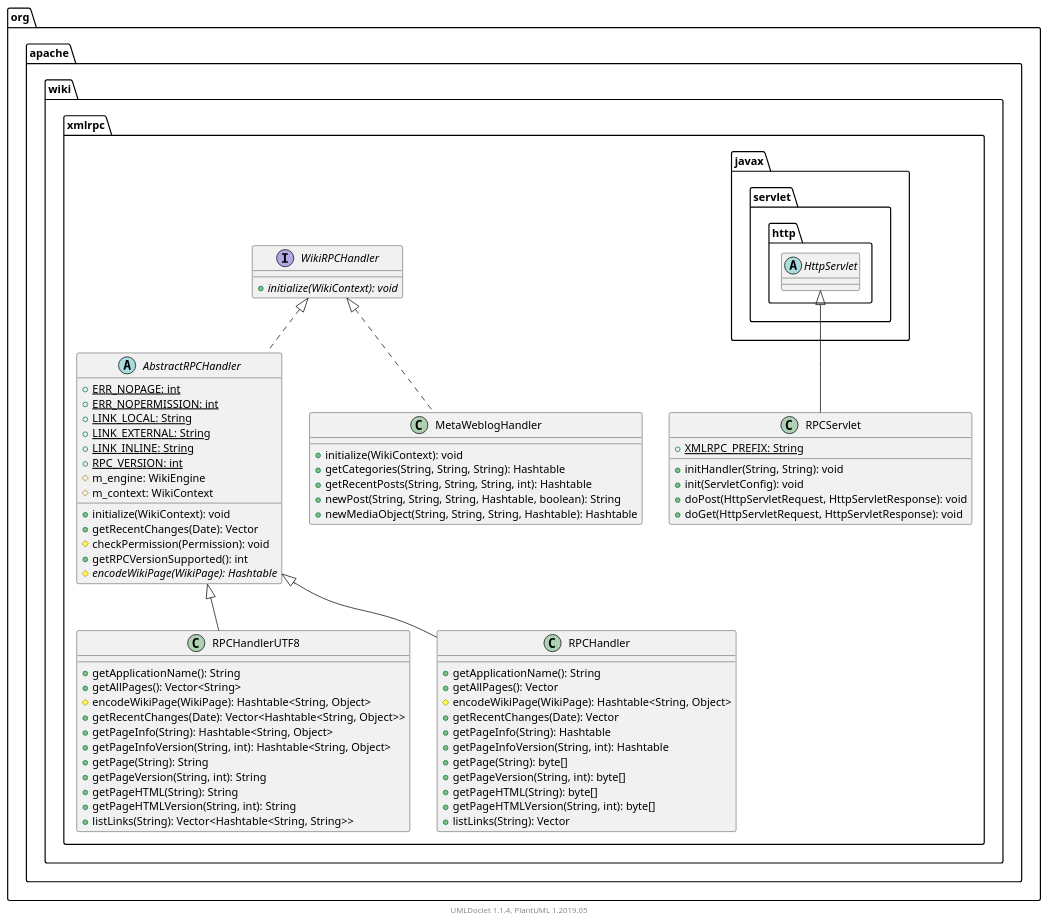
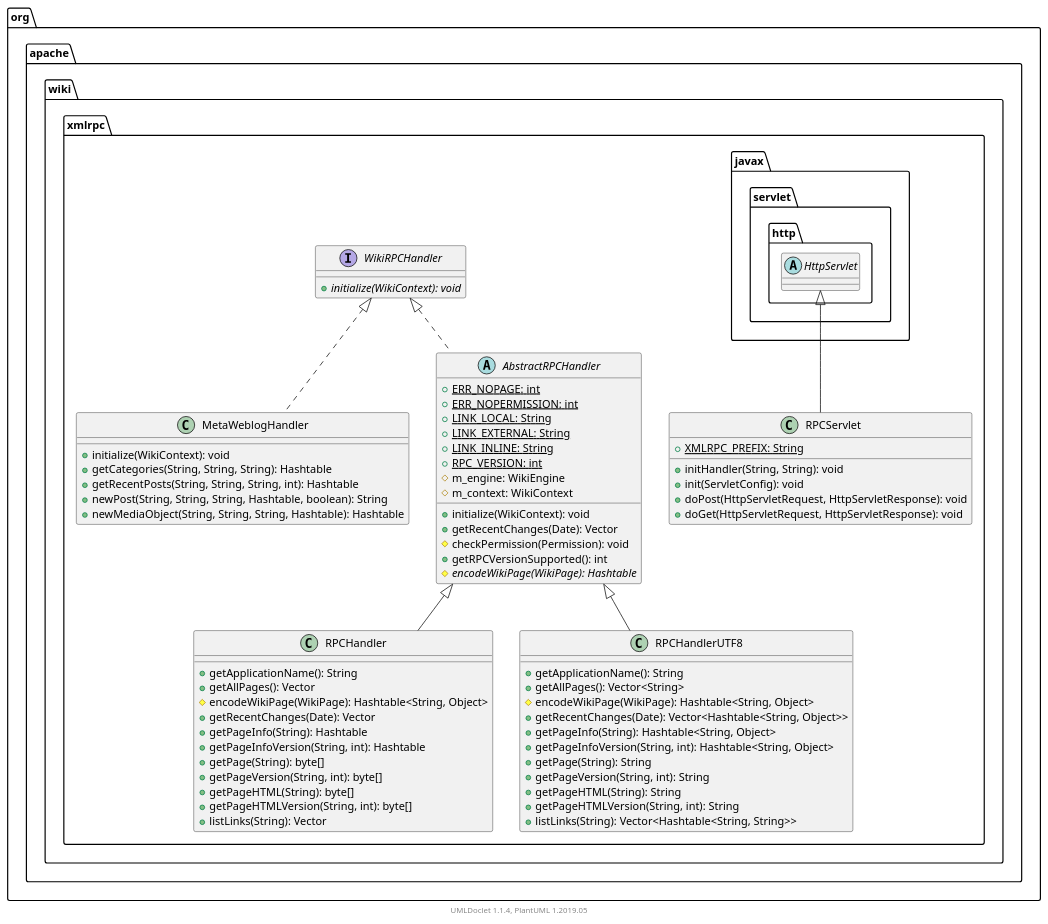
Before and after one commit to apache/jspwiki-site: the diagram in apidocs/2.11.0.M7-SNAPSHOT/org/apache/wiki/xmlrpc/package.puml, drawn with PlantUML. The commit also changed other lines of this file and 1169 other files, not shown here.

```diff
--- a/apidocs/2.11.0.M7-SNAPSHOT/org/apache/wiki/xmlrpc/package.puml
+++ b/apidocs/2.11.0.M7-SNAPSHOT/org/apache/wiki/xmlrpc/package.puml
@@ -1,84 +1,84 @@
 @startuml
 
     namespace org.apache.wiki.xmlrpc {
+
+        class RPCHandler [[RPCHandler.html]] {
+            +getApplicationName(): String
+            +getAllPages(): Vector
+            #encodeWikiPage(WikiPage): Hashtable<String, Object>
+            +getRecentChanges(Date): Vector
+            +getPageInfo(String): Hashtable
+            +getPageInfoVersion(String, int): Hashtable
+            +getPage(String): byte[]
+            +getPageVersion(String, int): byte[]
+            +getPageHTML(String): byte[]
+            +getPageHTMLVersion(String, int): byte[]
+            +listLinks(String): Vector
+        }
+
+        class RPCHandlerUTF8 [[RPCHandlerUTF8.html]] {
+            +getApplicationName(): String
+            +getAllPages(): Vector<String>
+            #encodeWikiPage(WikiPage): Hashtable<String, Object>
+            +getRecentChanges(Date): Vector<Hashtable<String, Object>>
+            +getPageInfo(String): Hashtable<String, Object>
+            +getPageInfoVersion(String, int): Hashtable<String, Object>
+            +getPage(String): String
+            +getPageVersion(String, int): String
+            +getPageHTML(String): String
+            +getPageHTMLVersion(String, int): String
+            +listLinks(String): Vector<Hashtable<String, String>>
+        }
+
+        interface WikiRPCHandler [[WikiRPCHandler.html]] {
+            {abstract} +initialize(WikiContext): void
+        }
+
+        class MetaWeblogHandler [[MetaWeblogHandler.html]] {
+            +initialize(WikiContext): void
+            +getCategories(String, String, String): Hashtable
+            +getRecentPosts(String, String, String, int): Hashtable
+            +newPost(String, String, String, Hashtable, boolean): String
+            +newMediaObject(String, String, String, Hashtable): Hashtable
+        }
 
         class RPCServlet [[RPCServlet.html]] {
             {static} +XMLRPC_PREFIX: String
             +initHandler(String, String): void
             +init(ServletConfig): void
             +doPost(HttpServletRequest, HttpServletResponse): void
             +doGet(HttpServletRequest, HttpServletResponse): void
-        }
-
-        interface WikiRPCHandler [[WikiRPCHandler.html]] {
-            {abstract} +initialize(WikiContext): void
         }
 
         abstract class AbstractRPCHandler [[AbstractRPCHandler.html]] {
             {static} +ERR_NOPAGE: int
             {static} +ERR_NOPERMISSION: int
             {static} +LINK_LOCAL: String
             {static} +LINK_EXTERNAL: String
             {static} +LINK_INLINE: String
             {static} +RPC_VERSION: int
             #m_engine: WikiEngine
             #m_context: WikiContext
             +initialize(WikiContext): void
             +getRecentChanges(Date): Vector
             #checkPermission(Permission): void
             +getRPCVersionSupported(): int
             {abstract} #encodeWikiPage(WikiPage): Hashtable
         }
 
-        class RPCHandlerUTF8 [[RPCHandlerUTF8.html]] {
-            +getApplicationName(): String
-            +getAllPages(): Vector<String>
-            #encodeWikiPage(WikiPage): Hashtable<String, Object>
-            +getRecentChanges(Date): Vector<Hashtable<String, Object>>
-            +getPageInfo(String): Hashtable<String, Object>
-            +getPageInfoVersion(String, int): Hashtable<String, Object>
-            +getPage(String): String
-            +getPageVersion(String, int): String
-            +getPageHTML(String): String
-            +getPageHTMLVersion(String, int): String
-            +listLinks(String): Vector<Hashtable<String, String>>
-        }
+        AbstractRPCHandler <|-- RPCHandler
 
-        class MetaWeblogHandler [[MetaWeblogHandler.html]] {
-            +initialize(WikiContext): void
-            +getCategories(String, String, String): Hashtable
-            +getRecentPosts(String, String, String, int): Hashtable
-            +newPost(String, String, String, Hashtable, boolean): String
-            +newMediaObject(String, String, String, Hashtable): Hashtable
-        }
+        AbstractRPCHandler <|-- RPCHandlerUTF8
 
-        class RPCHandler [[RPCHandler.html]] {
-            +getApplicationName(): String
-            +getAllPages(): Vector
-            #encodeWikiPage(WikiPage): Hashtable<String, Object>
-            +getRecentChanges(Date): Vector
-            +getPageInfo(String): Hashtable
-            +getPageInfoVersion(String, int): Hashtable
-            +getPage(String): byte[]
-            +getPageVersion(String, int): byte[]
-            +getPageHTML(String): byte[]
-            +getPageHTMLVersion(String, int): byte[]
-            +listLinks(String): Vector
-        }
+        WikiRPCHandler <|.. MetaWeblogHandler
 
         abstract class javax.servlet.http.HttpServlet
         javax.servlet.http.HttpServlet <|-- RPCServlet
 
         WikiRPCHandler <|.. AbstractRPCHandler
 
-        AbstractRPCHandler <|-- RPCHandlerUTF8
-
-        WikiRPCHandler <|.. MetaWeblogHandler
-
-        AbstractRPCHandler <|-- RPCHandler
-
     }
 
 
     center footer UMLDoclet 1.1.4, PlantUML 1.2019.05
 @enduml
```
